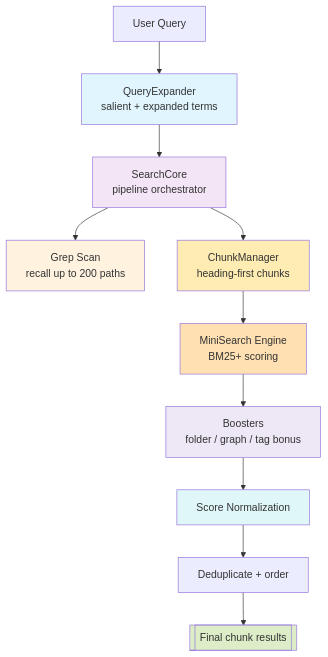
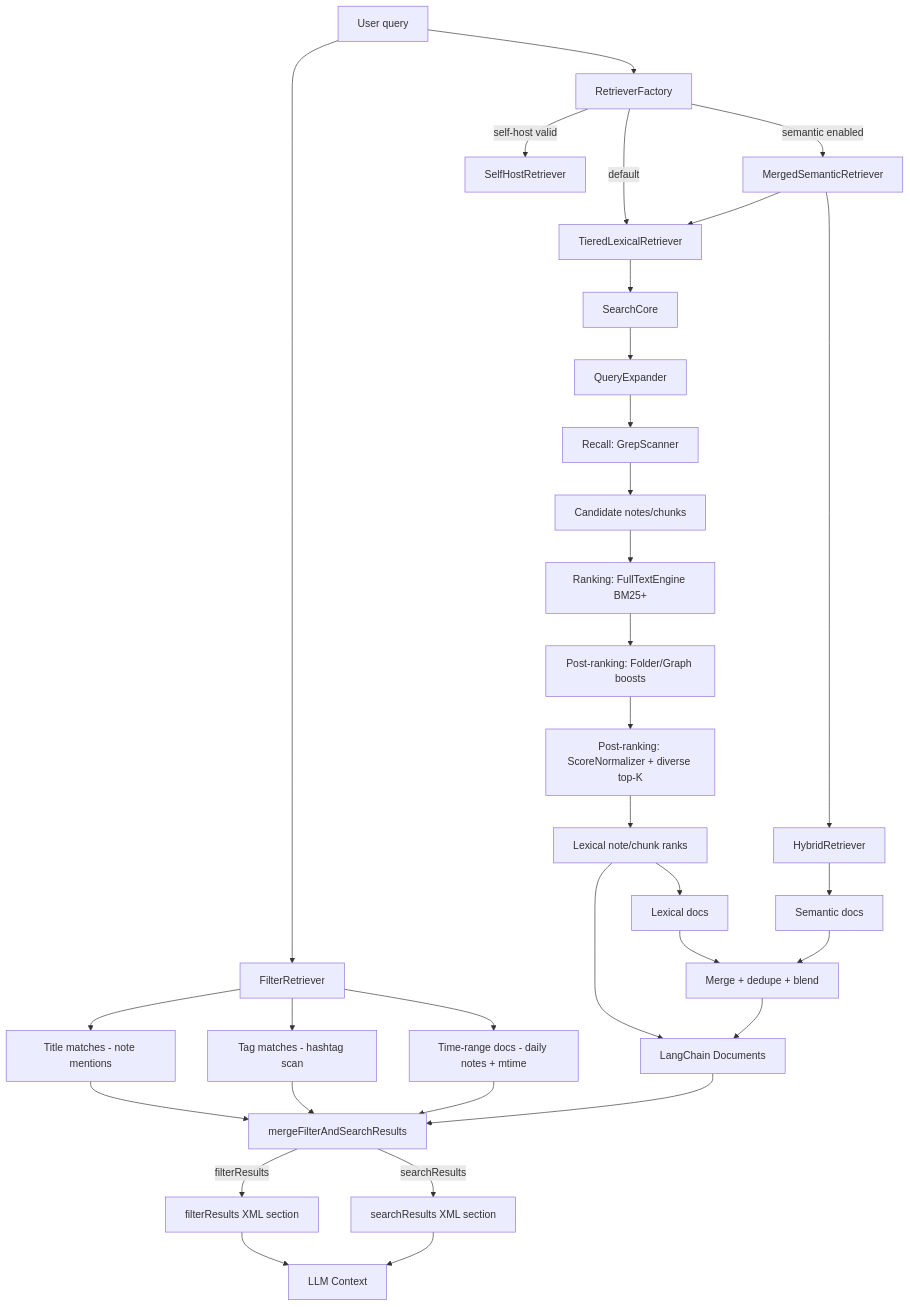
The diagram in src/search/v3/README.md (logancyang/obsidian-copilot), drawn with Mermaid before and after one commit. The commit also changed other lines of this file and 25 other files, not shown here.

First line of the commit message:
Fix local search: simplify pipeline, extract FilterRetriever, fix grep filtering (#2172)

````diff
--- a/src/search/v3/README.md
+++ b/src/search/v3/README.md
@@ -7,22 +8,41 @@
 ```mermaid
 graph TD
-    A[User Query] --> B[QueryExpander<br/>salient + expanded terms]
-    B --> C[SearchCore<br/>pipeline orchestrator]
+    A[User query] --> B[RetrieverFactory]
+    A --> FR[FilterRetriever]
 
-    C --> D[Grep Scan<br/>recall up to 200 paths]
-    C --> E[ChunkManager<br/>heading-first chunks]
-    E --> F[MiniSearch Engine<br/>BM25+ scoring]
-    F --> G[Boosters<br/>folder / graph / tag bonus]
-    G --> H[Score Normalization]
-    H --> I[Deduplicate + order]
-    I --> J[[Final chunk results]]
+    FR --> FR1[Title matches - note mentions]
+    FR --> FR2[Tag matches - hashtag scan]
+    FR --> FR3[Time-range docs - daily notes + mtime]
 
-    style B fill:#e1f5fe
-    style C fill:#f3e5f5
-    style D fill:#fff3e0
-    style E fill:#ffecb3
-    style F fill:#ffe0b2
-    style G fill:#ede7f6
-    style H fill:#e0f7fa
-    style J fill:#dcedc8
+    B -->|default| C[TieredLexicalRetriever]
+    B -->|semantic enabled| D[MergedSemanticRetriever]
+    B -->|self-host valid| E[SelfHostRetriever]
+
+    C --> F[SearchCore]
+    F --> G[QueryExpander]
+    G --> H[Recall: GrepScanner]
+    H --> I[Candidate notes/chunks]
+    I --> J[Ranking: FullTextEngine BM25+]
+    J --> K[Post-ranking: Folder/Graph boosts]
+    K --> Q[Post-ranking: ScoreNormalizer + diverse top-K]
+    Q --> R[Lexical note/chunk ranks]
+    R --> L[LangChain Documents]
+
+    D --> C
+    D --> M[HybridRetriever]
+    R --> N[Lexical docs]
+    M --> O[Semantic docs]
+    N --> P[Merge + dedupe + blend]
+    O --> P
+    P --> L
+
+    FR1 --> MR[mergeFilterAndSearchResults]
+    FR2 --> MR
+    FR3 --> MR
+    L --> MR
+
+    MR --> |filterResults| XML1[filterResults XML section]
+    MR --> |searchResults| XML2[searchResults XML section]
+    XML1 --> LLM[LLM Context]
+    XML2 --> LLM
 ```
````
